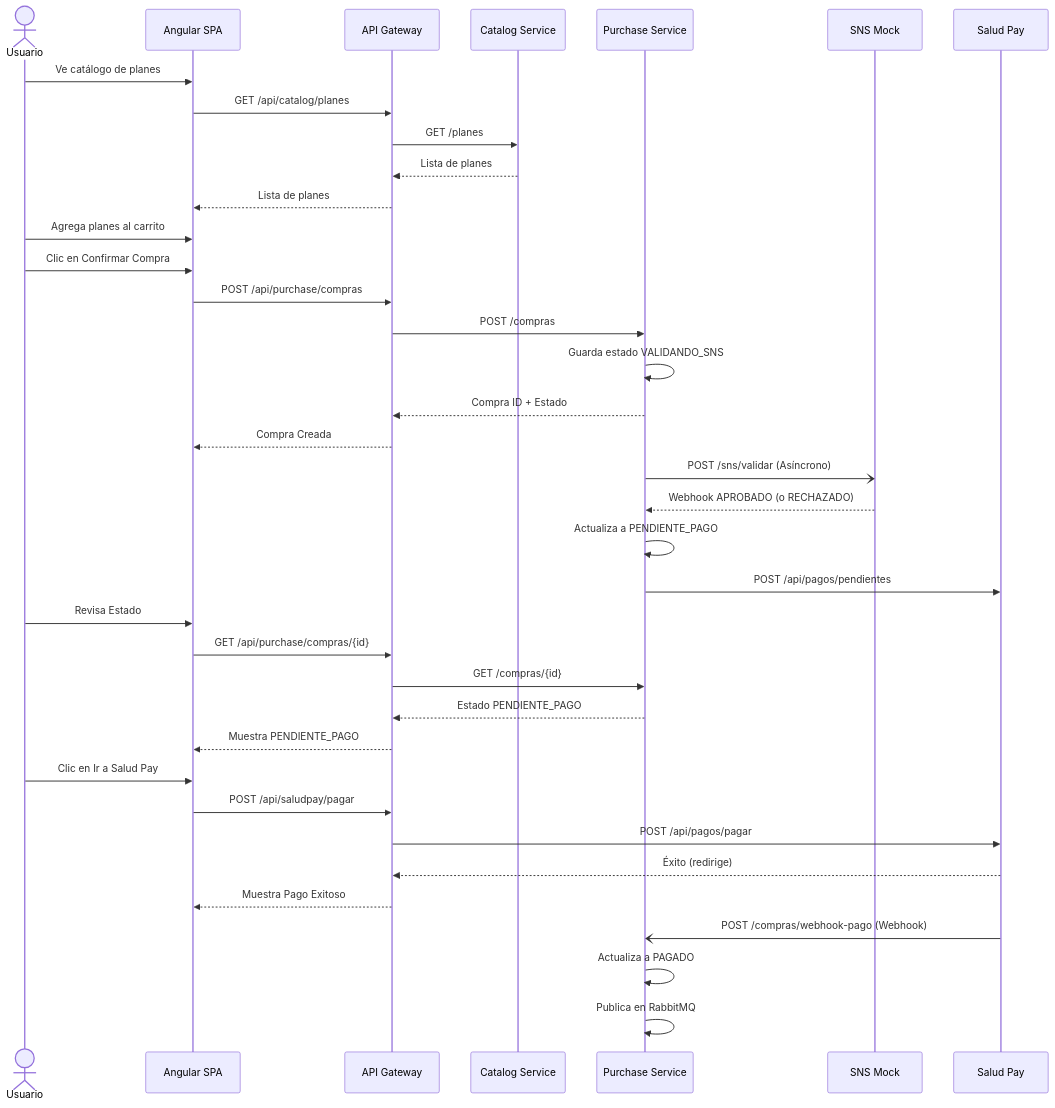
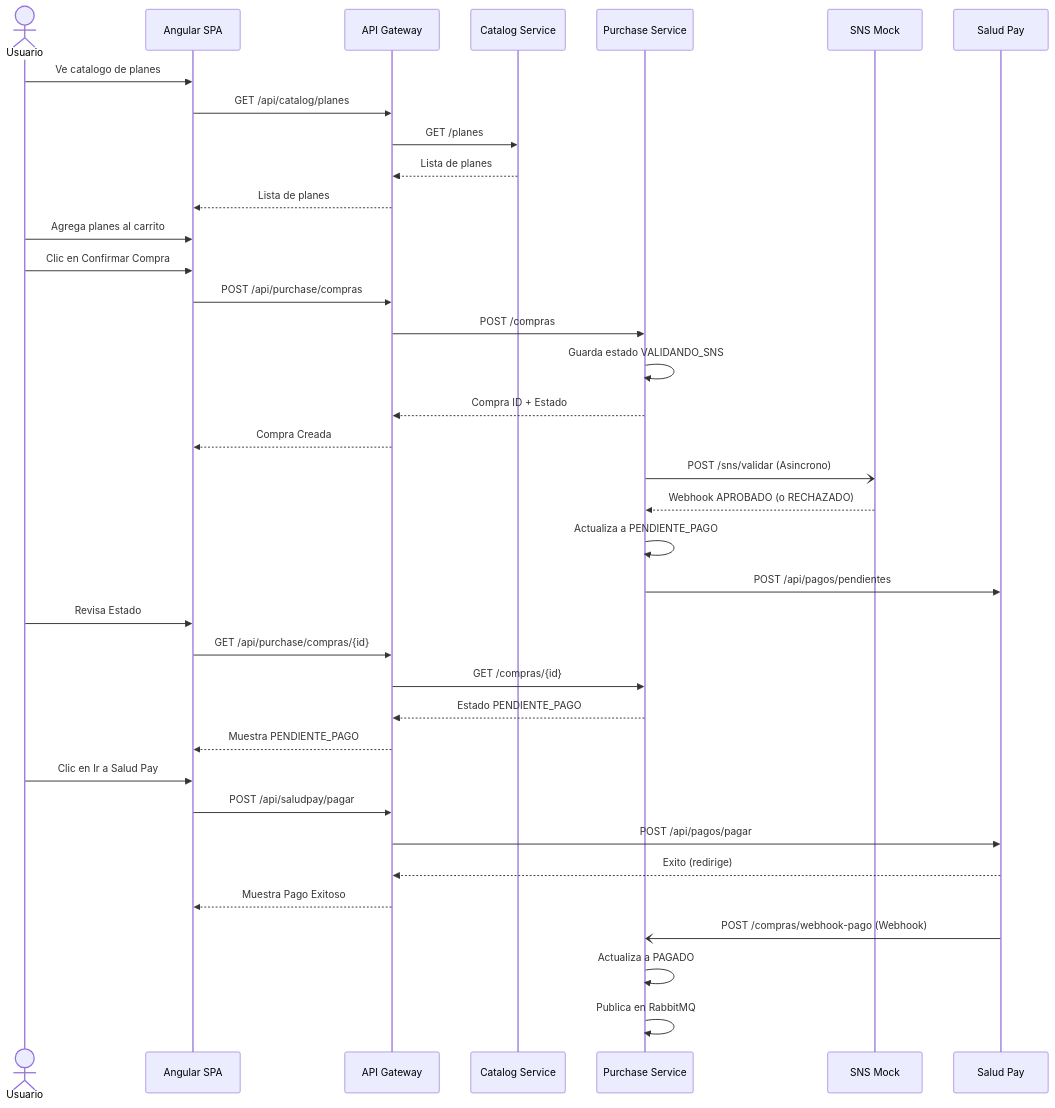
Before and after one commit to juanDiesmers/SPS_arquisoftPro: the diagram in docs/diagramas/flujo_compra.md, drawn with Mermaid. The commit also changed 130 other files, not shown here.

````diff
--- a/docs/diagramas/flujo_compra.md
+++ b/docs/diagramas/flujo_compra.md
@@ -3,46 +3,46 @@
 ```mermaid
 sequenceDiagram
     actor Usuario
     participant UI as Angular SPA
     participant GW as API Gateway
     participant Cat as Catalog Service
     participant Pur as Purchase Service
     participant SNS as SNS Mock
     participant SP as Salud Pay
 
-    Usuario->>UI: Ve catálogo de planes
+    Usuario->>UI: Ve catalogo de planes
     UI->>GW: GET /api/catalog/planes
     GW->>Cat: GET /planes
     Cat-->>GW: Lista de planes
     GW-->>UI: Lista de planes
     
     Usuario->>UI: Agrega planes al carrito
     Usuario->>UI: Clic en Confirmar Compra
     UI->>GW: POST /api/purchase/compras
     GW->>Pur: POST /compras
     
     Pur->>Pur: Guarda estado VALIDANDO_SNS
     Pur-->>GW: Compra ID + Estado
     GW-->>UI: Compra Creada
     
-    Pur-)SNS: POST /sns/validar (Asíncrono)
+    Pur-)SNS: POST /sns/validar (Asincrono)
     SNS-->>Pur: Webhook APROBADO (o RECHAZADO)
     Pur->>Pur: Actualiza a PENDIENTE_PAGO
     Pur->>SP: POST /api/pagos/pendientes
     
     Usuario->>UI: Revisa Estado
     UI->>GW: GET /api/purchase/compras/{id}
     GW->>Pur: GET /compras/{id}
     Pur-->>GW: Estado PENDIENTE_PAGO
     GW-->>UI: Muestra PENDIENTE_PAGO
     
     Usuario->>UI: Clic en Ir a Salud Pay
     UI->>GW: POST /api/saludpay/pagar
     GW->>SP: POST /api/pagos/pagar
-    SP-->>GW: Éxito (redirige)
+    SP-->>GW: Exito (redirige)
     GW-->>UI: Muestra Pago Exitoso
     
     SP-)Pur: POST /compras/webhook-pago (Webhook)
     Pur->>Pur: Actualiza a PAGADO
     Pur->>Pur: Publica en RabbitMQ
 ```
````
